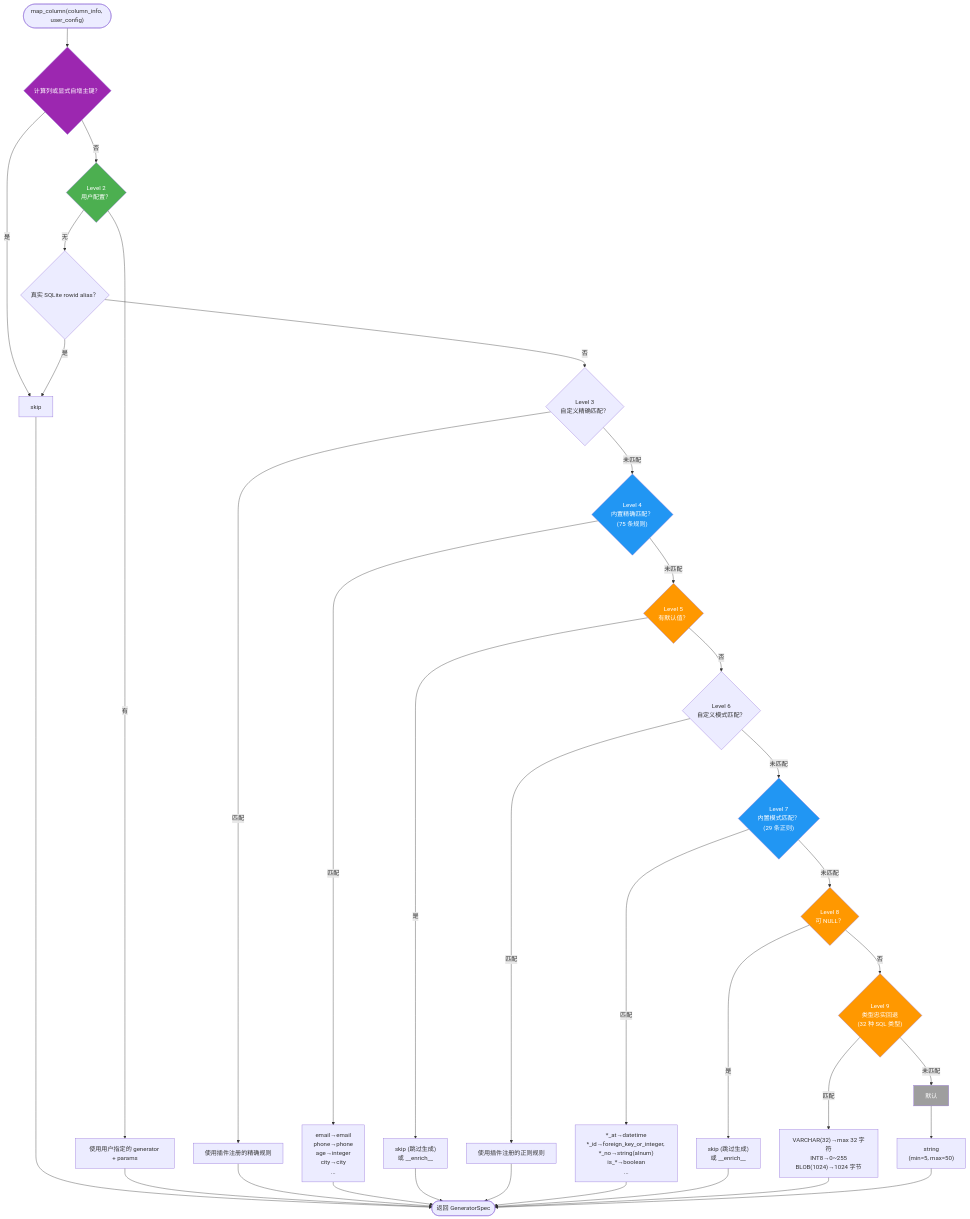
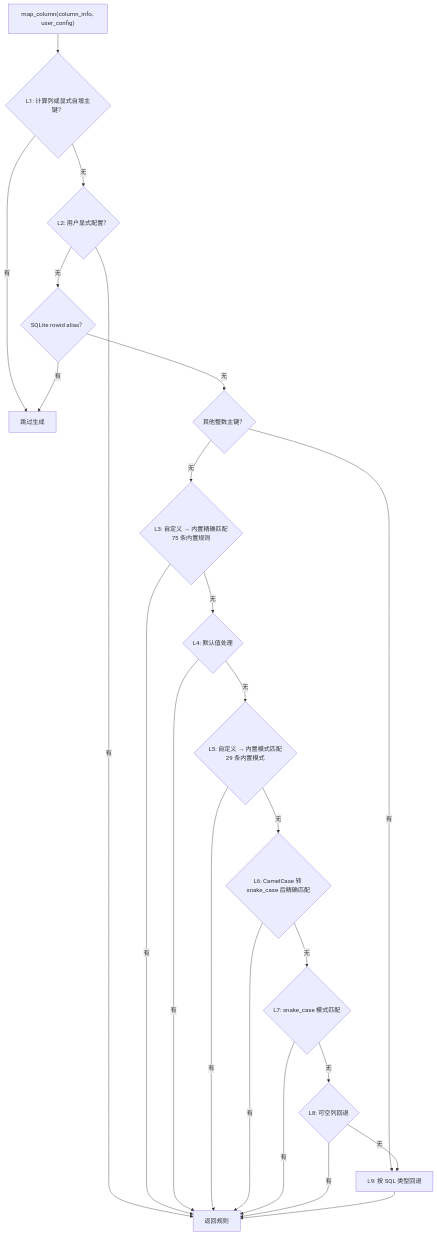
Before and after one commit to sunbos/sqlseed: the third of 12 diagrams in docs/architecture.zh-CN.md, drawn with Mermaid. The commit also changed other lines of this file and 42 other files, not shown here.

````diff
--- a/docs/architecture.zh-CN.md
+++ b/docs/architecture.zh-CN.md
@@ -199,55 +199,25 @@
 ```mermaid
 flowchart TD
-    Start(["map_column(column_info, user_config)"]) --> L1
-
-    L1{"计算列或显式自增主键？"} -->|是| R1["skip"]
-    L1 -->|否| L2
-
-    L2{"Level 2<br/>用户配置？"} -->|有| R2["使用用户指定的 generator + params"]
-    L2 -->|无| Rowid{"真实 SQLite rowid alias？"}
-    Rowid -->|是| R1
-    Rowid -->|否| L3
-
-    L3{"Level 3<br/>自定义精确匹配？"} -->|匹配| R3["使用插件注册的精确规则"]
-    L3 -->|未匹配| L4
-
-    L4{"Level 4<br/>内置精确匹配？<br/>(<!-- BEGIN:AUTO-GENERATED:exact-match-rule-count -->75<!-- END:AUTO-GENERATED:exact-match-rule-count --> 条规则)"} -->|匹配| R4["email→email<br/>phone→phone<br/>age→integer<br/>city→city<br/>..."]
-    L4 -->|未匹配| L5
-
-    L5{"Level 5<br/>有默认值？"} -->|是| R5["skip (跳过生成)<br/>或 __enrich__"]
-    L5 -->|否| L6
-
-    L6{"Level 6<br/>自定义模式匹配？"} -->|匹配| R6["使用插件注册的正则规则"]
-    L6 -->|未匹配| L7
-
-    L7{"Level 7<br/>内置模式匹配？<br/>(<!-- BEGIN:AUTO-GENERATED:pattern-match-rule-count -->29<!-- END:AUTO-GENERATED:pattern-match-rule-count --> 条正则)"} -->|匹配| R7["*_at→datetime<br/>*_id→foreign_key_or_integer, *_no→string(alnum)<br/>is_*→boolean<br/>..."]
-    L7 -->|未匹配| L8
-
-    L8{"Level 8<br/>可 NULL？"} -->|是| R8["skip (跳过生成)<br/>或 __enrich__"]
-    L8 -->|否| L9
-
-    L9{"Level 9<br/>类型忠实回退<br/>(32 种 SQL 类型)"} -->|匹配| R9["VARCHAR(32)→max 32 字符<br/>INT8→0~255<br/>BLOB(1024)→1024 字节"]
-    L9 -->|未匹配| L10
-
-    L10["默认"] --> R10["string<br/>(min=5, max=50)"]
-
-    R1 --> Done(["返回 GeneratorSpec"])
-    R2 --> Done
-    R3 --> Done
-    R4 --> Done
-    R5 --> Done
-    R6 --> Done
-    R7 --> Done
-    R8 --> Done
-    R9 --> Done
-    R10 --> Done
-
-    style L1 fill:#9C27B0,color:#fff
-    style L2 fill:#4CAF50,color:#fff
-    style L4 fill:#2196F3,color:#fff
-    style L5 fill:#FF9800,color:#fff
-    style L7 fill:#2196F3,color:#fff
-    style L8 fill:#FF9800,color:#fff
-    style L9 fill:#FF9800,color:#fff
-    style L10 fill:#9E9E9E,color:#fff
+    Start["map_column(column_info, user_config)"] --> L1{"L1: 计算列或显式自增主键？"}
+    L1 -->|有| Skip["跳过生成"]
+    L1 -->|无| L2{"L2: 用户显式配置？"}
+    L2 -->|有| Done["返回规则"]
+    L2 -->|无| Rowid{"SQLite rowid alias？"}
+    Rowid -->|有| Skip
+    Rowid -->|无| IntegerPK{"其他整数主键？"}
+    IntegerPK -->|有| L9["L9: 按 SQL 类型回退"]
+    IntegerPK -->|无| L3{"L3: 自定义 → 内置精确匹配<br/><!-- BEGIN:AUTO-GENERATED:exact-match-rule-count -->75<!-- END:AUTO-GENERATED:exact-match-rule-count --> 条内置规则"}
+    L3 -->|有| Done
+    L3 -->|无| L4{"L4: 默认值处理"}
+    L4 -->|有| Done
+    L4 -->|无| L5{"L5: 自定义 → 内置模式匹配<br/><!-- BEGIN:AUTO-GENERATED:pattern-match-rule-count -->29<!-- END:AUTO-GENERATED:pattern-match-rule-count --> 条内置模式"}
+    L5 -->|有| Done
+    L5 -->|无| L6{"L6: CamelCase 转 snake_case 后精确匹配"}
+    L6 -->|有| Done
+    L6 -->|无| L7{"L7: snake_case 模式匹配"}
+    L7 -->|有| Done
+    L7 -->|无| L8{"L8: 可空列回退"}
+    L8 -->|有| Done
+    L8 -->|无| L9
+    L9 --> Done
 ```
````
